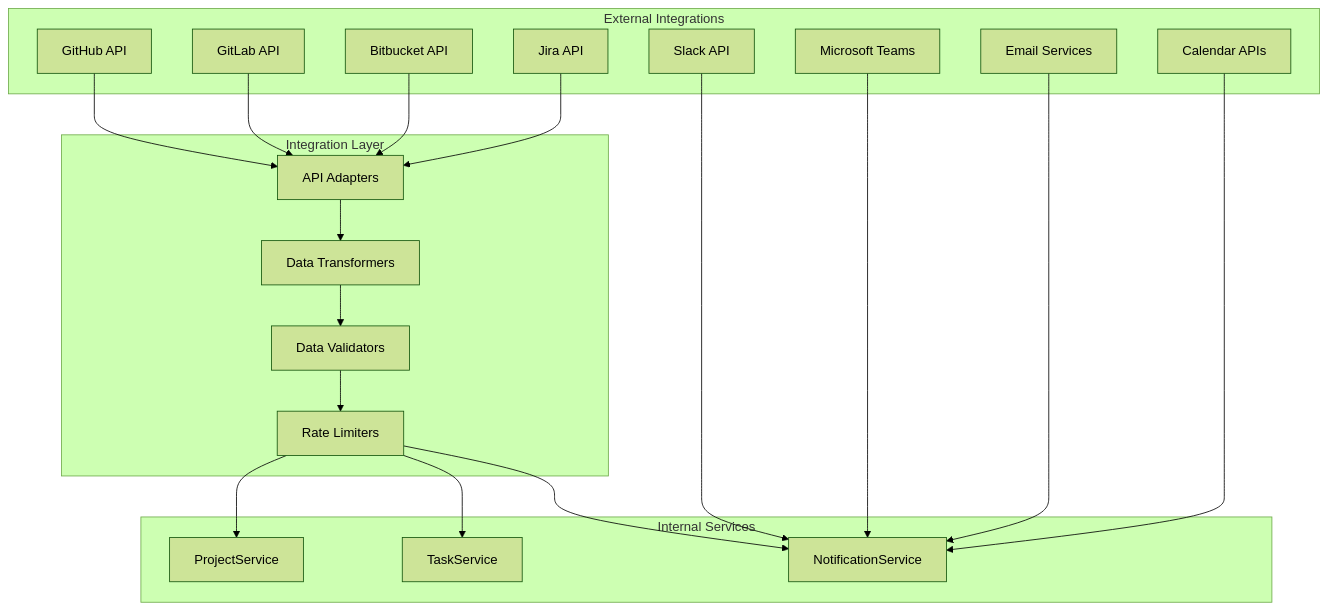
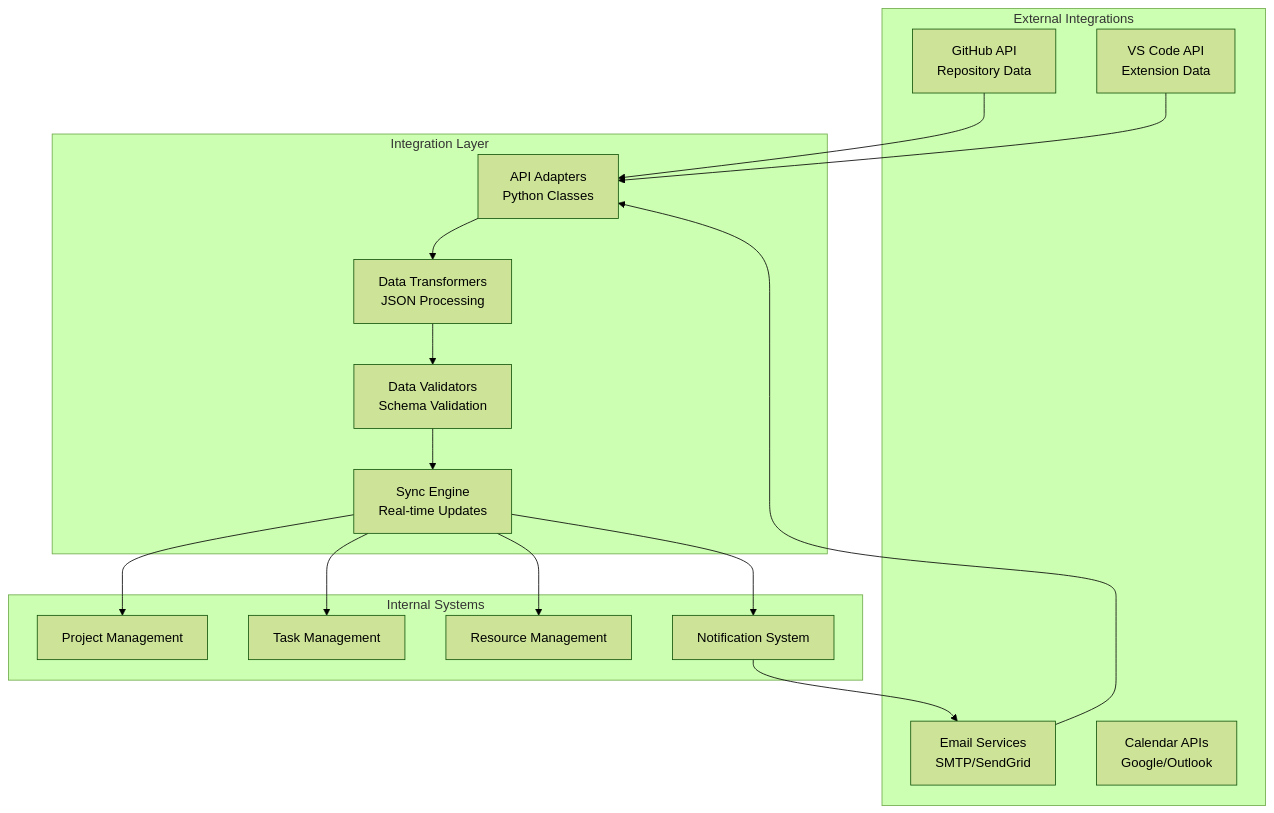
Diagram 16 of 18 in Docs/Software_Engineering/Software_Architecture_Document.md (Shakour-Data/AutoProjectManagement), drawn with Mermaid (forest theme) before and after one commit. The commit also changed other lines of this file, not shown here.

````diff
--- a/Docs/Software_Engineering/Software_Architecture_Document.md
+++ b/Docs/Software_Engineering/Software_Architecture_Document.md
@@ -744,43 +768,38 @@
 ```mermaid
 graph TB
     subgraph "External Integrations"
-        GitHub[GitHub API]
-        GitLab[GitLab API]
-        Bitbucket[Bitbucket API]
-        Jira[Jira API]
-        Slack[Slack API]
-        Teams[Microsoft Teams]
-        Email[Email Services]
-        Calendar[Calendar APIs]
+        GitHub[GitHub API<br/>Repository Data]
+        VSCodeAPI[VS Code API<br/>Extension Data]
+        Email[Email Services<br/>SMTP/SendGrid]
+        Calendar[Calendar APIs<br/>Google/Outlook]
     end
     
     subgraph "Integration Layer"
-        Adapter[API Adapters]
-        Transformer[Data Transformers]
-        Validator[Data Validators]
-        RateLimiter[Rate Limiters]
+        Adapter[API Adapters<br/>Python Classes]
+        Transformer[Data Transformers<br/>JSON Processing]
+        Validator[Data Validators<br/>Schema Validation]
+        Sync[Sync Engine<br/>Real-time Updates]
     end
     
-    subgraph "Internal Services"
-        ProjectService
-        TaskService
-        NotificationService
+    subgraph "Internal Systems"
+        ProjectSystem[Project Management]
+        TaskSystem[Task Management]
+        ResourceSystem[Resource Management]
+        NotificationSystem[Notification System]
     end
     
     GitHub --> Adapter
-    GitLab --> Adapter
-    Bitbucket --> Adapter
-    Jira --> Adapter
+    VSCodeAPI --> Adapter
+    Email --> Adapter
     
     Adapter --> Transformer
     Transformer --> Validator
-    Validator --> RateLimiter
-    RateLimiter --> ProjectService
-    RateLimiter --> TaskService
-    RateLimiter --> NotificationService
+    Validator --> Sync
     
-    Slack --> NotificationService
-    Teams --> NotificationService
-    Email --> NotificationService
-    Calendar --> NotificationService
+    Sync --> ProjectSystem
+    Sync --> TaskSystem
+    Sync --> ResourceSystem
+    Sync --> NotificationSystem
+    
+    NotificationSystem --> Email
 ```
````
